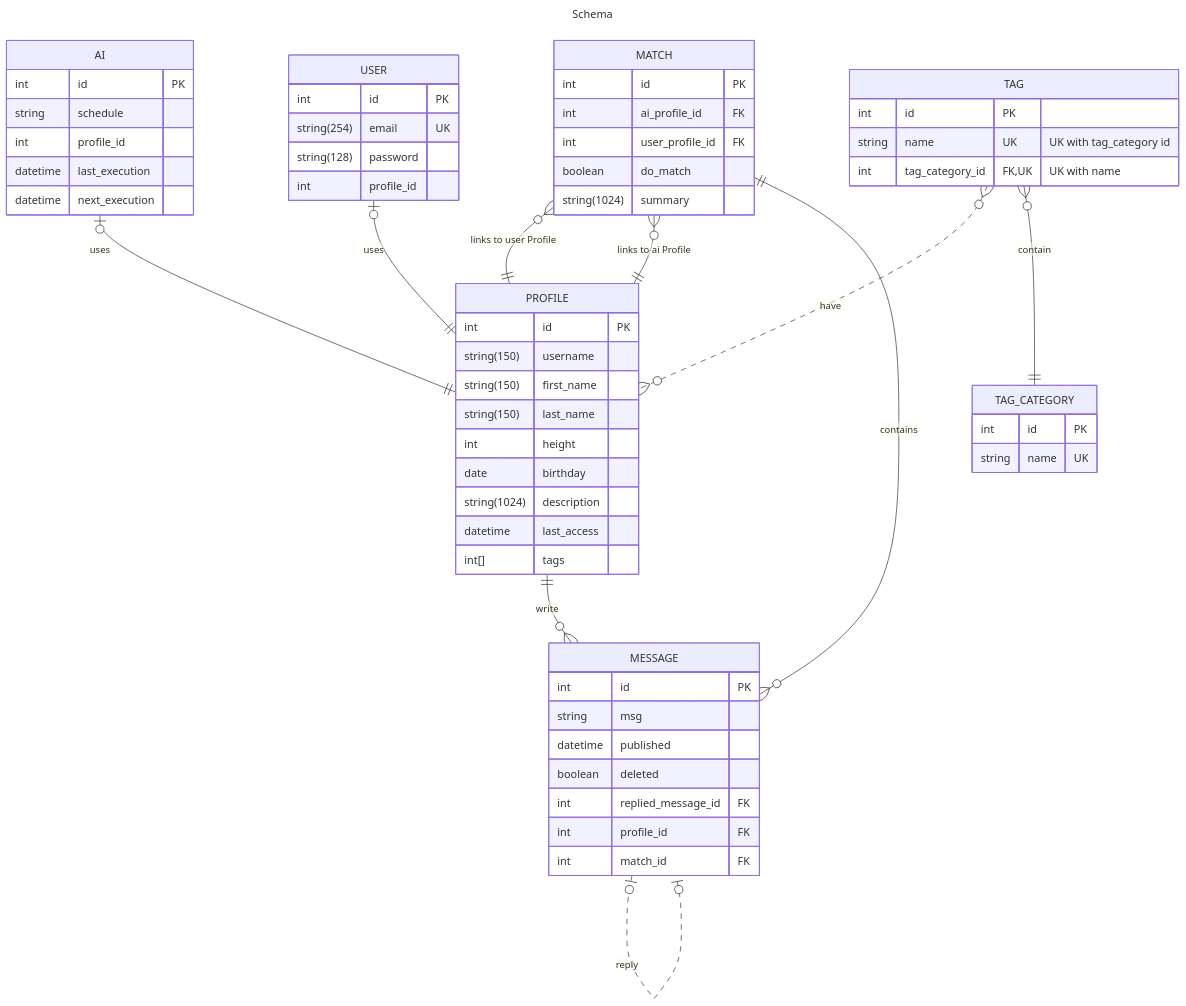
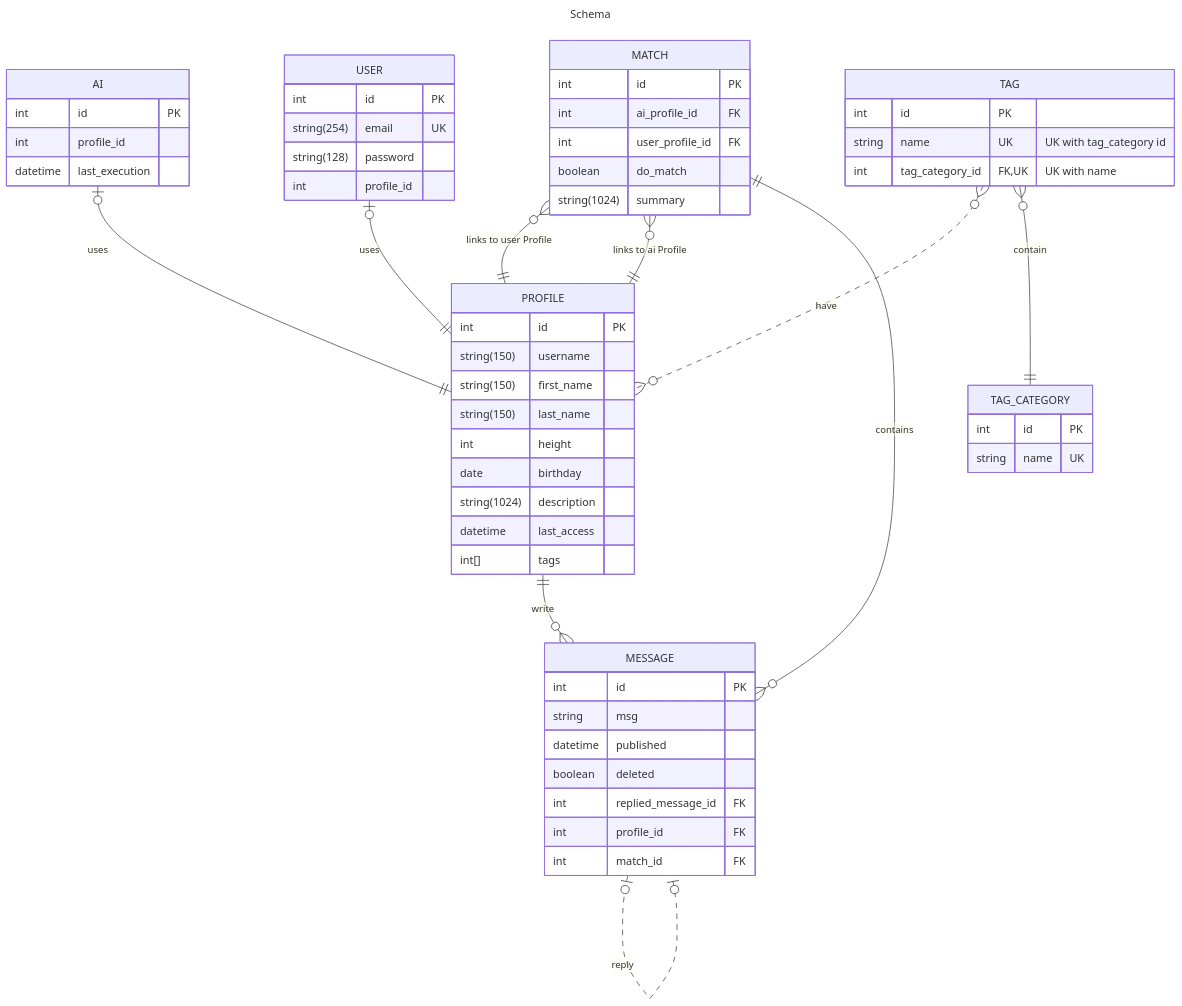
The diagram in docs/schema.md (MaribelSR/tAInder), drawn with Mermaid before and after one commit. The commit also changed 6 other files, not shown here.

First line of the commit message:
backend: Remove schedule and next execution.

````diff
--- a/docs/schema.md
+++ b/docs/schema.md
@@ -1,71 +1,69 @@
 ```mermaid
 ---
 title: Schema
 ---
 erDiagram
     PROFILE ||--o{ MESSAGE : write
     MESSAGE |o..o| MESSAGE : reply
     AI |o--|| PROFILE : uses
     USER |o--|| PROFILE : uses
     MATCH }o--|| PROFILE : "links to user Profile"
     MATCH }o--|| PROFILE : "links to ai Profile"
     MATCH ||--o{ MESSAGE : contains
     TAG }o..o{ PROFILE : have
     TAG }o--|| TAG_CATEGORY : contain
 
     PROFILE {
         int id PK
         string(150) username
         string(150) first_name
         string(150) last_name
         int height
         date birthday
         string(1024) description
         datetime last_access
         int[] tags
     }
 
     USER {
         int id PK
         string(254) email UK
         string(128) password
         int profile_id
     }
 
     AI {
         int id PK
-        string schedule
         int profile_id
         datetime last_execution
-        datetime next_execution
     }
 
     MATCH {
         int id PK
         int ai_profile_id FK
         int user_profile_id FK
         boolean do_match
         string(1024) summary
     }
 
     MESSAGE {
         int id PK
         string msg
         datetime published
         boolean deleted
         int replied_message_id FK
         int profile_id FK
         int match_id FK
     }
 
     TAG {
         int id PK
         string name UK "UK with tag_category id"
         int tag_category_id FK,UK "UK with name"
     }
 
     TAG_CATEGORY {
         int id PK
         string name UK
     }
 ```
````
